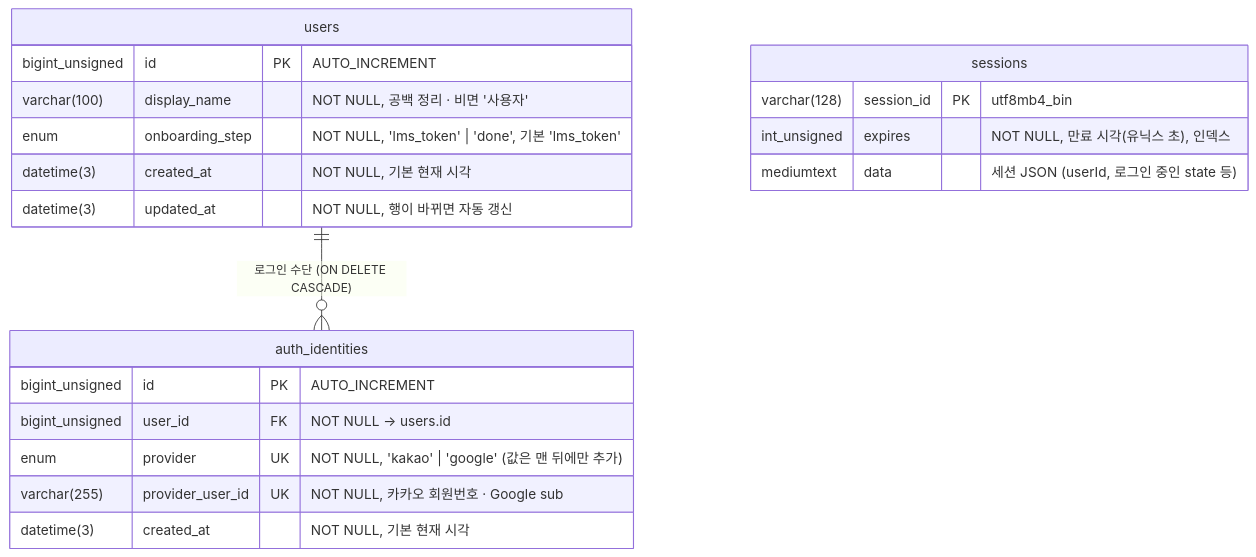
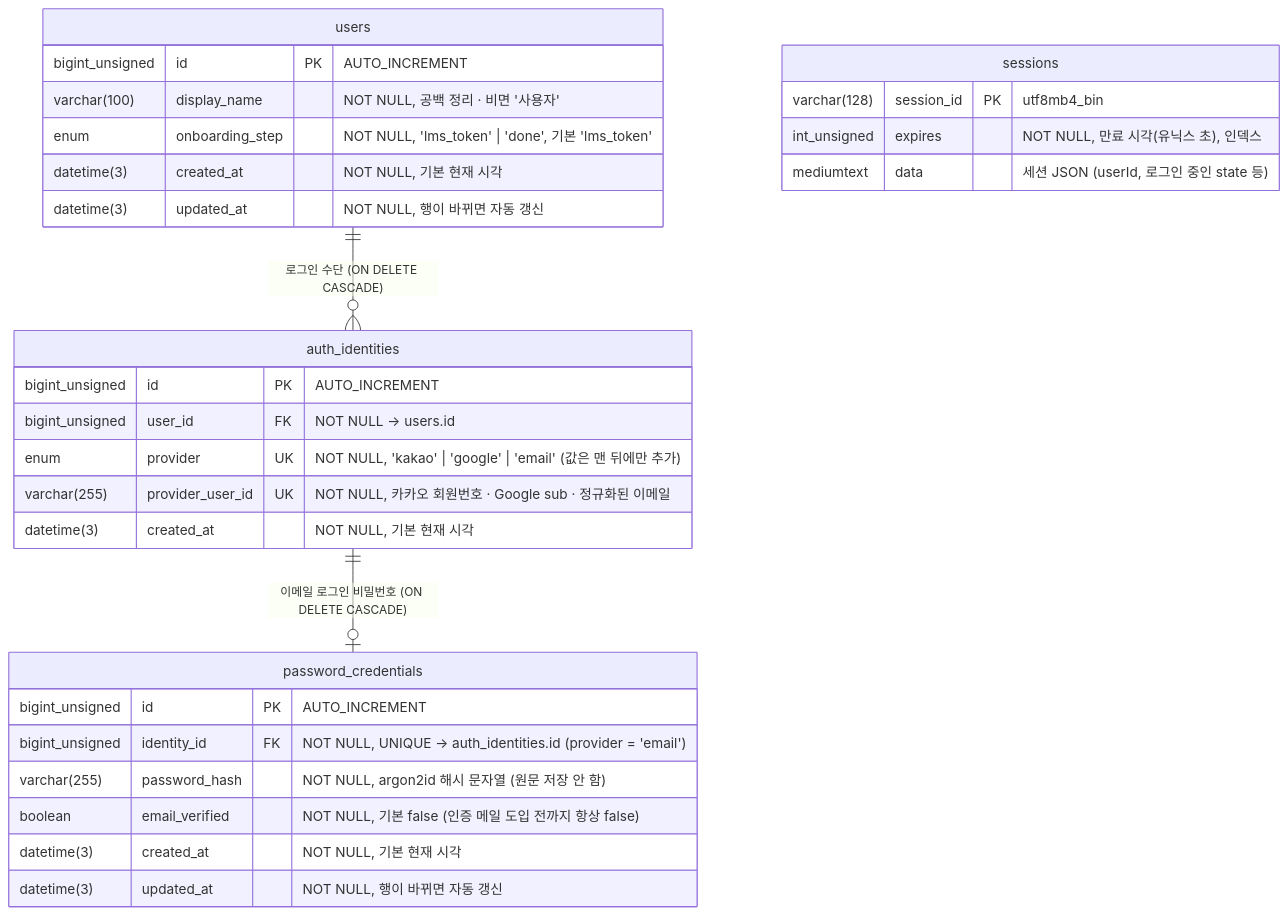
Before and after one commit to team-toc/lms-schedule-alert: the diagram in backend/docs/erd.md, drawn with Mermaid. The commit also changed other lines of this file and 7 other files, not shown here.

Commit message:
feat: 이메일 로그인용 password_credentials 테이블과 provider email 마이그레이션

````diff
--- a/backend/docs/erd.md
+++ b/backend/docs/erd.md
@@ -8,26 +8,36 @@
 ```mermaid
 erDiagram
     users ||--o{ auth_identities : "로그인 수단 (ON DELETE CASCADE)"
+    auth_identities ||--o| password_credentials : "이메일 로그인 비밀번호 (ON DELETE CASCADE)"
 
     users {
         bigint_unsigned id PK "AUTO_INCREMENT"
         varchar(100) display_name "NOT NULL, 공백 정리 · 비면 '사용자'"
         enum onboarding_step "NOT NULL, 'lms_token' | 'done', 기본 'lms_token'"
         datetime(3) created_at "NOT NULL, 기본 현재 시각"
         datetime(3) updated_at "NOT NULL, 행이 바뀌면 자동 갱신"
     }
 
     auth_identities {
         bigint_unsigned id PK "AUTO_INCREMENT"
         bigint_unsigned user_id FK "NOT NULL → users.id"
-        enum provider UK "NOT NULL, 'kakao' | 'google' (값은 맨 뒤에만 추가)"
-        varchar(255) provider_user_id UK "NOT NULL, 카카오 회원번호 · Google sub"
+        enum provider UK "NOT NULL, 'kakao' | 'google' | 'email' (값은 맨 뒤에만 추가)"
+        varchar(255) provider_user_id UK "NOT NULL, 카카오 회원번호 · Google sub · 정규화된 이메일"
         datetime(3) created_at "NOT NULL, 기본 현재 시각"
+    }
+
+    password_credentials {
+        bigint_unsigned id PK "AUTO_INCREMENT"
+        bigint_unsigned identity_id FK "NOT NULL, UNIQUE → auth_identities.id (provider = 'email')"
+        varchar(255) password_hash "NOT NULL, argon2id 해시 문자열 (원문 저장 안 함)"
+        boolean email_verified "NOT NULL, 기본 false (인증 메일 도입 전까지 항상 false)"
+        datetime(3) created_at "NOT NULL, 기본 현재 시각"
+        datetime(3) updated_at "NOT NULL, 행이 바뀌면 자동 갱신"
     }
 
     sessions {
         varchar(128) session_id PK "utf8mb4_bin"
         int_unsigned expires "NOT NULL, 만료 시각(유닉스 초), 인덱스"
         mediumtext data "세션 JSON (userId, 로그인 중인 state 등)"
     }
 ```
````
